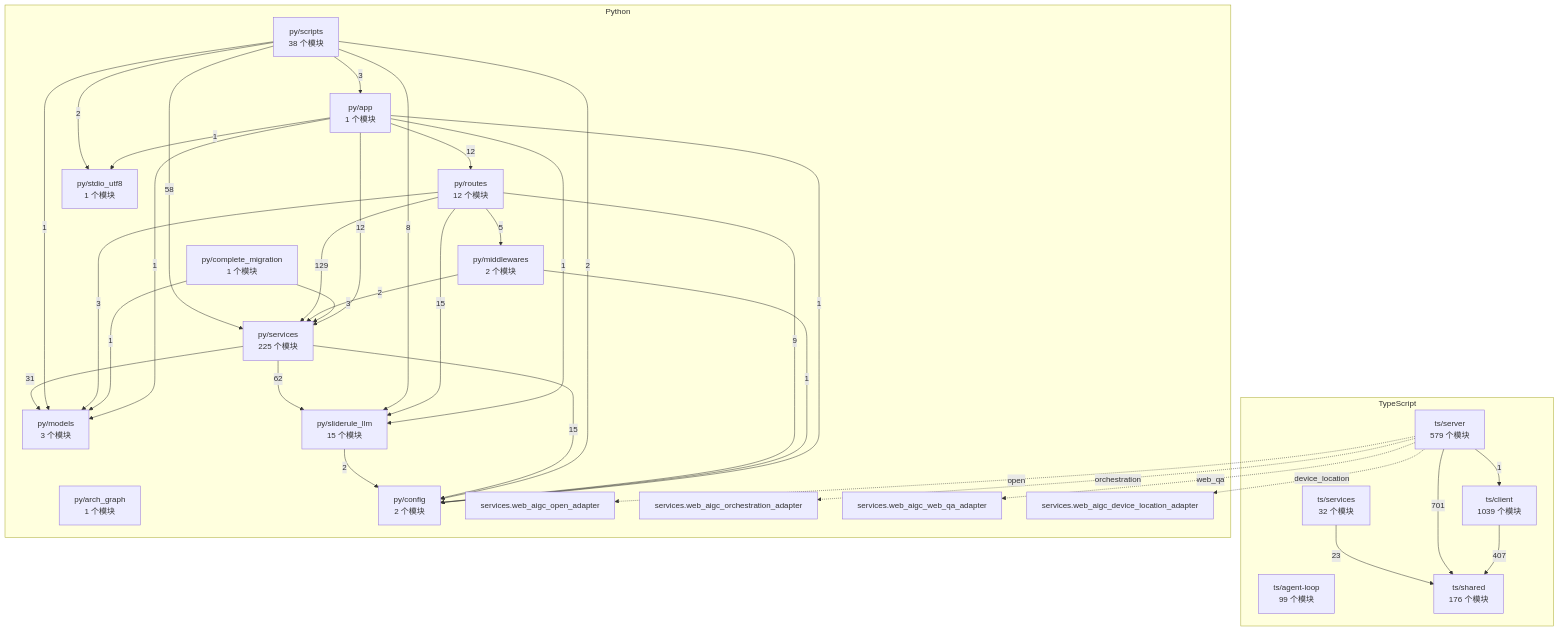
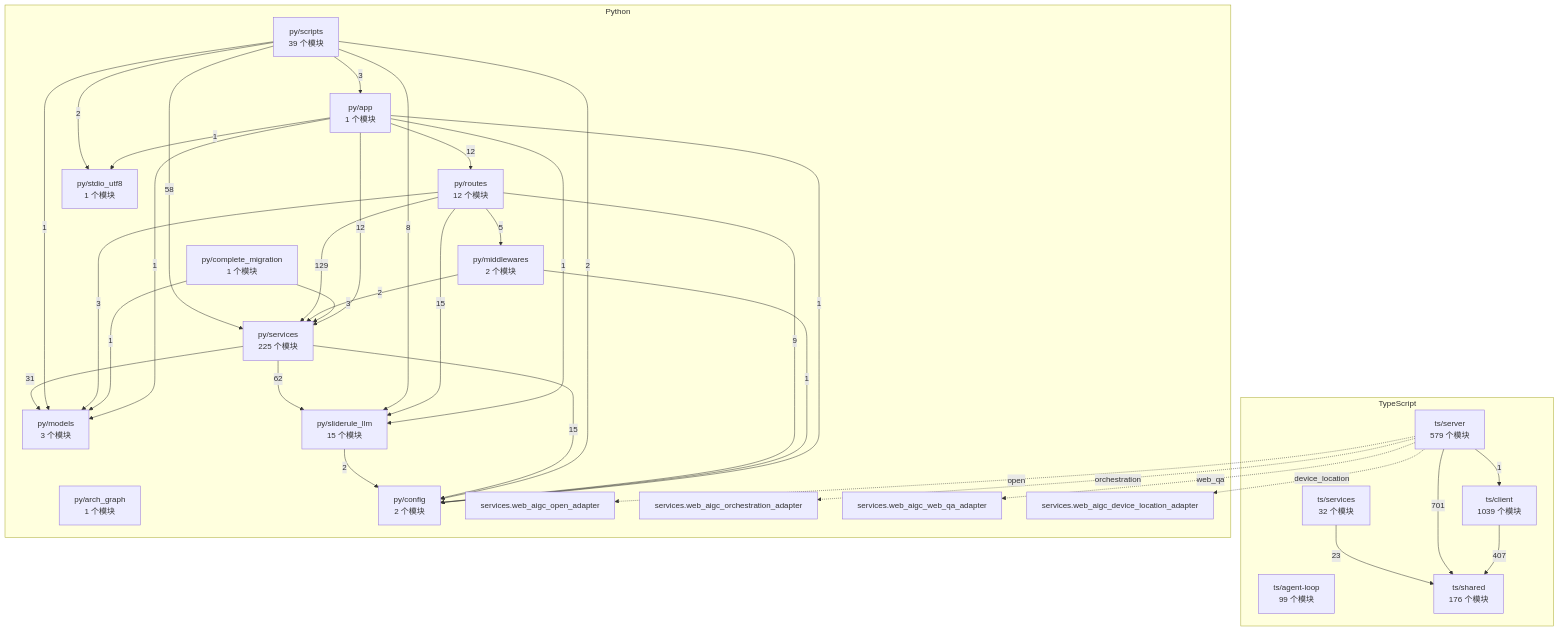
The diagram in docs/WhyBuddy 全仓架构图（自动生成）.md (2686521696/WhyBuddy), drawn with Mermaid before and after one commit. The commit also changed 5 other files, not shown here.

````diff
--- a/docs/WhyBuddy 全仓架构图（自动生成）.md
+++ b/docs/WhyBuddy 全仓架构图（自动生成）.md
@@ -14,60 +14,60 @@
 ```mermaid
 flowchart TB
   subgraph ts [TypeScript]
     ts_agent_loop["ts/agent-loop<br/>99 个模块"]
     ts_client["ts/client<br/>1039 个模块"]
     ts_server["ts/server<br/>579 个模块"]
     ts_services["ts/services<br/>32 个模块"]
     ts_shared["ts/shared<br/>176 个模块"]
   end
   subgraph py [Python]
     py_app["py/app<br/>1 个模块"]
     py_arch_graph["py/arch_graph<br/>1 个模块"]
     py_complete_migration["py/complete_migration<br/>1 个模块"]
     py_config["py/config<br/>2 个模块"]
     py_middlewares["py/middlewares<br/>2 个模块"]
     py_models["py/models<br/>3 个模块"]
     py_routes["py/routes<br/>12 个模块"]
-    py_scripts["py/scripts<br/>38 个模块"]
+    py_scripts["py/scripts<br/>39 个模块"]
     py_services["py/services<br/>225 个模块"]
     py_sliderule_llm["py/sliderule_llm<br/>15 个模块"]
     py_stdio_utf8["py/stdio_utf8<br/>1 个模块"]
     py_services_web_aigc_open_adapter["services.web_aigc_open_adapter"]
     py_services_web_aigc_orchestration_adapter["services.web_aigc_orchestration_adapter"]
     py_services_web_aigc_web_qa_adapter["services.web_aigc_web_qa_adapter"]
     py_services_web_aigc_device_location_adapter["services.web_aigc_device_location_adapter"]
   end
   ts_client -->|407| ts_shared
   ts_server -->|1| ts_client
   ts_server -->|701| ts_shared
   ts_services -->|23| ts_shared
   py_app -->|1| py_config
   py_app -->|1| py_models
   py_app -->|12| py_routes
   py_app -->|12| py_services
   py_app -->|1| py_sliderule_llm
   py_app -->|1| py_stdio_utf8
   py_complete_migration -->|1| py_models
   py_complete_migration -->|3| py_services
   py_middlewares -->|1| py_config
   py_middlewares -->|2| py_services
   py_routes -->|9| py_config
   py_routes -->|5| py_middlewares
   py_routes -->|3| py_models
   py_routes -->|129| py_services
   py_routes -->|15| py_sliderule_llm
   py_scripts -->|3| py_app
   py_scripts -->|2| py_config
   py_scripts -->|1| py_models
   py_scripts -->|58| py_services
   py_scripts -->|8| py_sliderule_llm
   py_scripts -->|2| py_stdio_utf8
   py_services -->|15| py_config
   py_services -->|31| py_models
   py_services -->|62| py_sliderule_llm
   py_sliderule_llm -->|2| py_config
   ts_server -.->|open| py_services_web_aigc_open_adapter
   ts_server -.->|orchestration| py_services_web_aigc_orchestration_adapter
   ts_server -.->|web_qa| py_services_web_aigc_web_qa_adapter
   ts_server -.->|device_location| py_services_web_aigc_device_location_adapter
 ```
````
